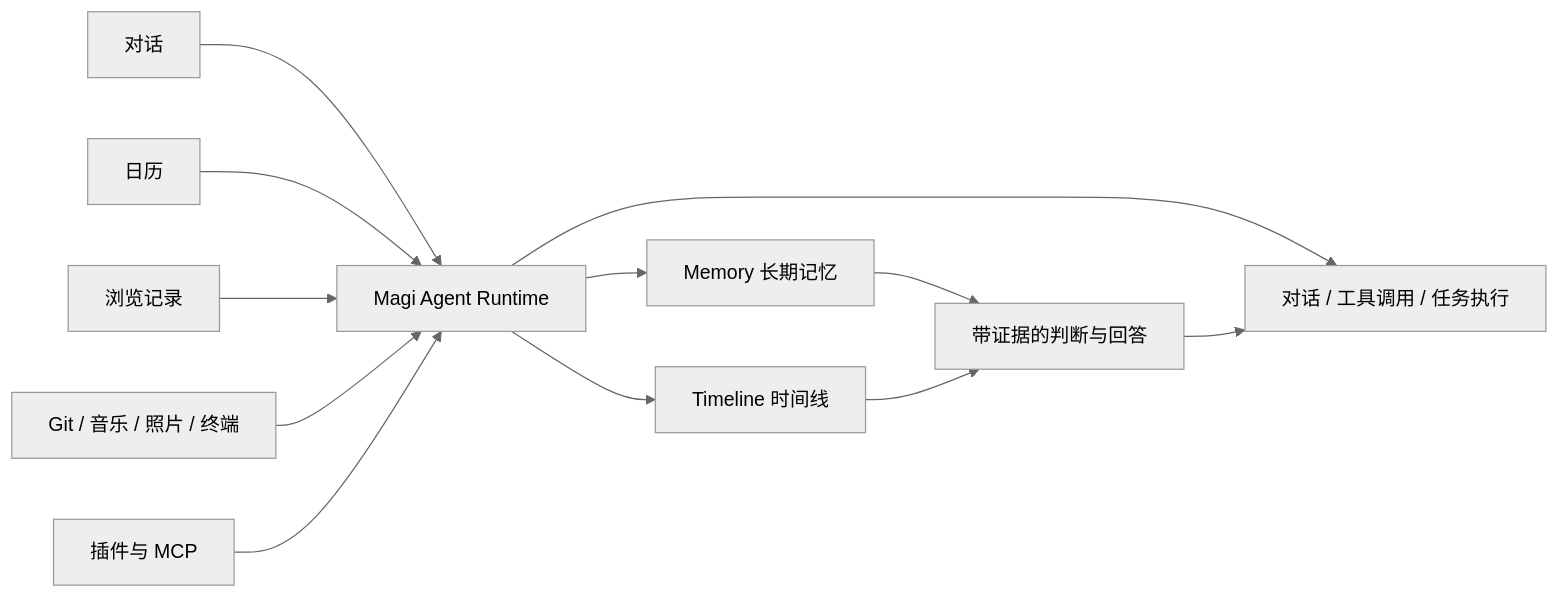
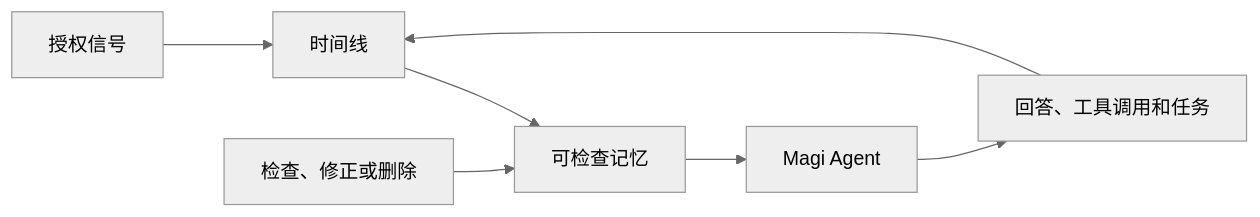
One commit to asukaonly/magi changed the diagram in README.zh-CN.md. Above: the diagram before and after it, drawn with Mermaid (neutral theme). The commit also changed other lines of this file and 1 other file, not shown here.

````diff
--- a/README.zh-CN.md
+++ b/README.zh-CN.md
@@ -53,21 +51,16 @@
 ```mermaid
 flowchart LR
-  A[对话]
-  B[日历]
-  C[浏览记录]
-  D[Git / 音乐 / 照片 / 终端]
-  E[插件与 MCP]
+  S[授权信号]
+  T[时间线]
+  M[可检查记忆]
+  A[Magi Agent]
+  R[回答、工具调用和任务]
+  C[检查、修正或删除]
 
-  A --> M[Magi Agent Runtime]
-  B --> M
+  S --> T
+  T --> M
+  M --> A
+  A --> R
+  R --> T
   C --> M
-  D --> M
-  E --> M
-
-  M --> X[对话 / 工具调用 / 任务执行]
-  M --> T[Timeline 时间线]
-  M --> L[Memory 长期记忆]
-  L --> R[带证据的判断与回答]
-  T --> R
-  R --> X
 ```
````
